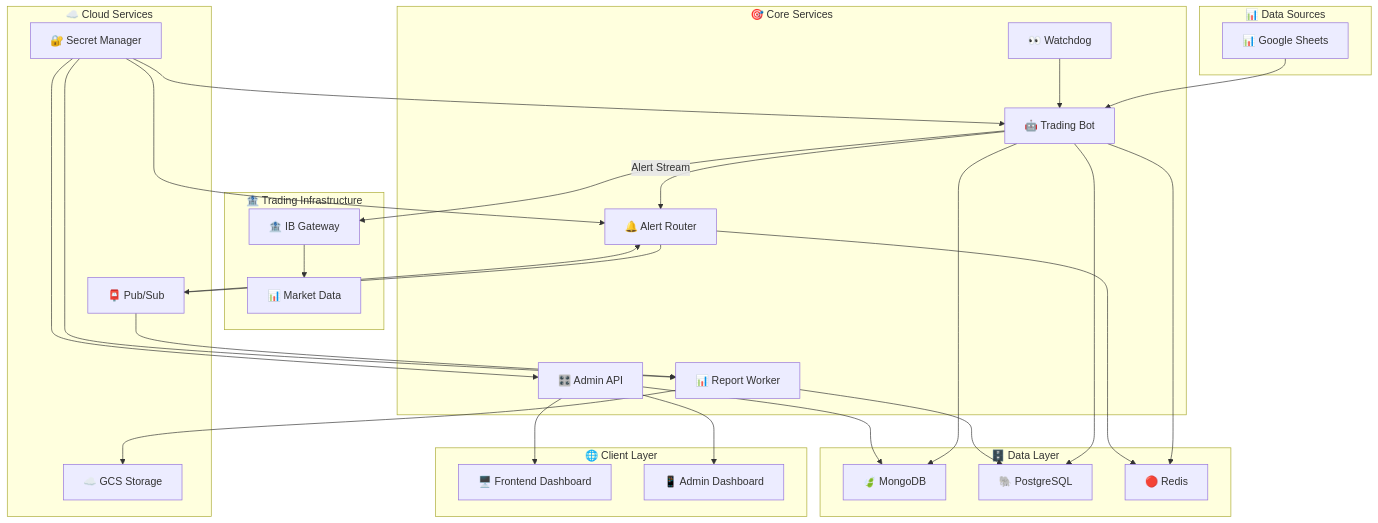
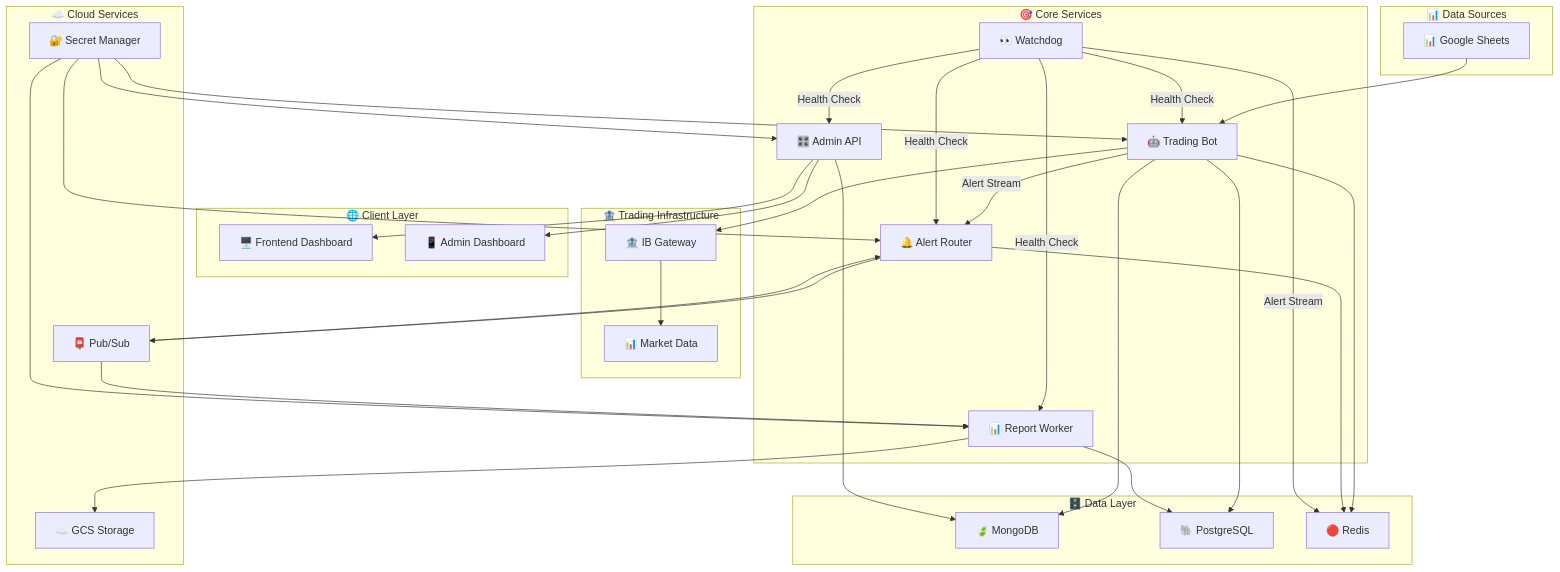
One commit to AIgen-Solutions-s-r-l/SpreadPilot changed the first of 5 diagrams in docs/01-system-architecture.md. Above: the diagram before and after it, drawn with Mermaid. The commit also changed other lines of this file and 3 other files, not shown here.

````diff
--- a/docs/01-system-architecture.md
+++ b/docs/01-system-architecture.md
@@ -21,58 +21,62 @@
 ```mermaid
 graph TB
     subgraph "📊 Data Sources"
         A[📊 Google Sheets]
     end
     
     subgraph "🎯 Core Services"
         B[🤖 Trading Bot]
         C[🎛️ Admin API]
         D[📊 Report Worker]
         E[🔔 Alert Router]
         F[👀 Watchdog]
     end
     
     subgraph "🌐 Client Layer"
         G[🖥️ Frontend Dashboard]
         G2[📱 Admin Dashboard]
     end
     
     subgraph "🗄️ Data Layer"
         H[🍃 MongoDB]
         I[🐘 PostgreSQL]
         J[🔴 Redis]
     end
     
     subgraph "🏦 Trading Infrastructure"
         K[🏦 IB Gateway]
         L[📊 Market Data]
     end
     
     subgraph "☁️ Cloud Services"
         M[☁️ GCS Storage]
         N[📮 Pub/Sub]
         O[🔐 Secret Manager]
     end
     
     A --> B
     B --> K
     B --> H
     B --> I
     B --> J
     B -->|Alert Stream| E
     C --> H
     C --> G
     C --> G2
     D --> I
     D --> M
     E --> J
     E --> N
-    F --> B
+    F -->|Health Check| B
+    F -->|Health Check| C
+    F -->|Health Check| D
+    F -->|Health Check| E
+    F -->|Alert Stream| J
     K --> L
     N --> D
     N --> E
     O --> B
     O --> C
     O --> D
     O --> E
 ```
````
